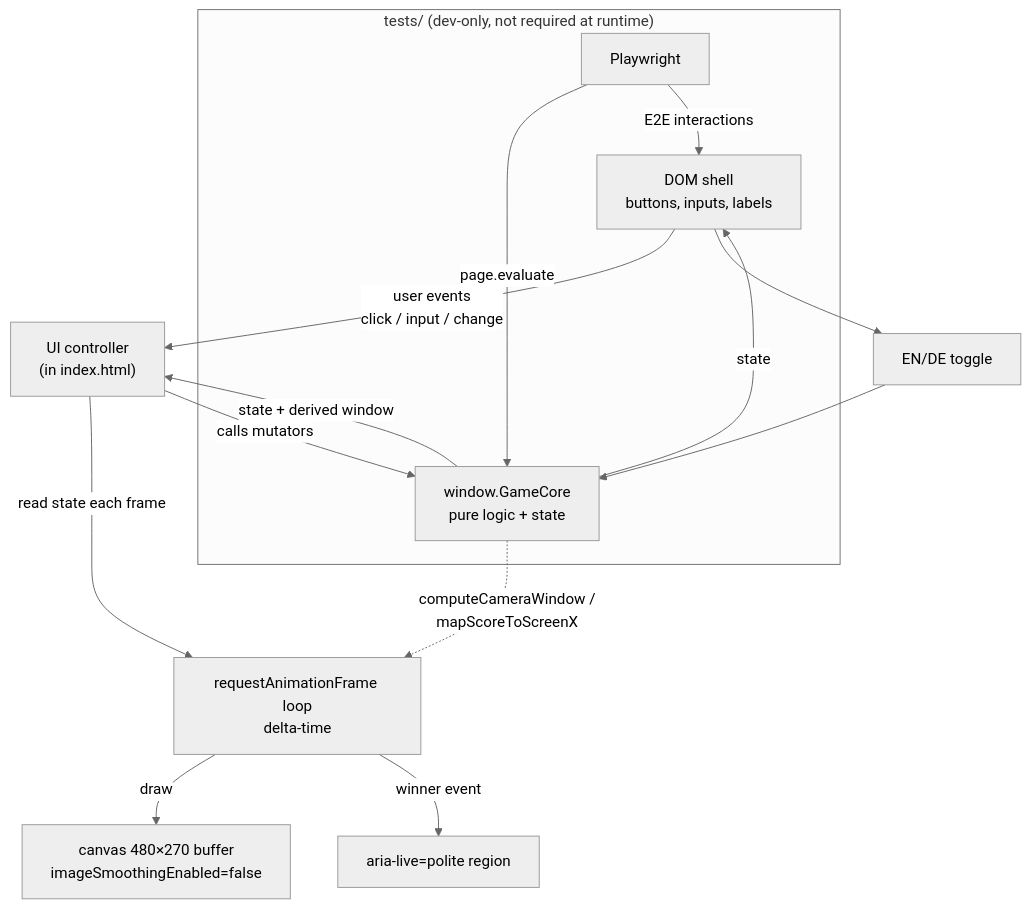
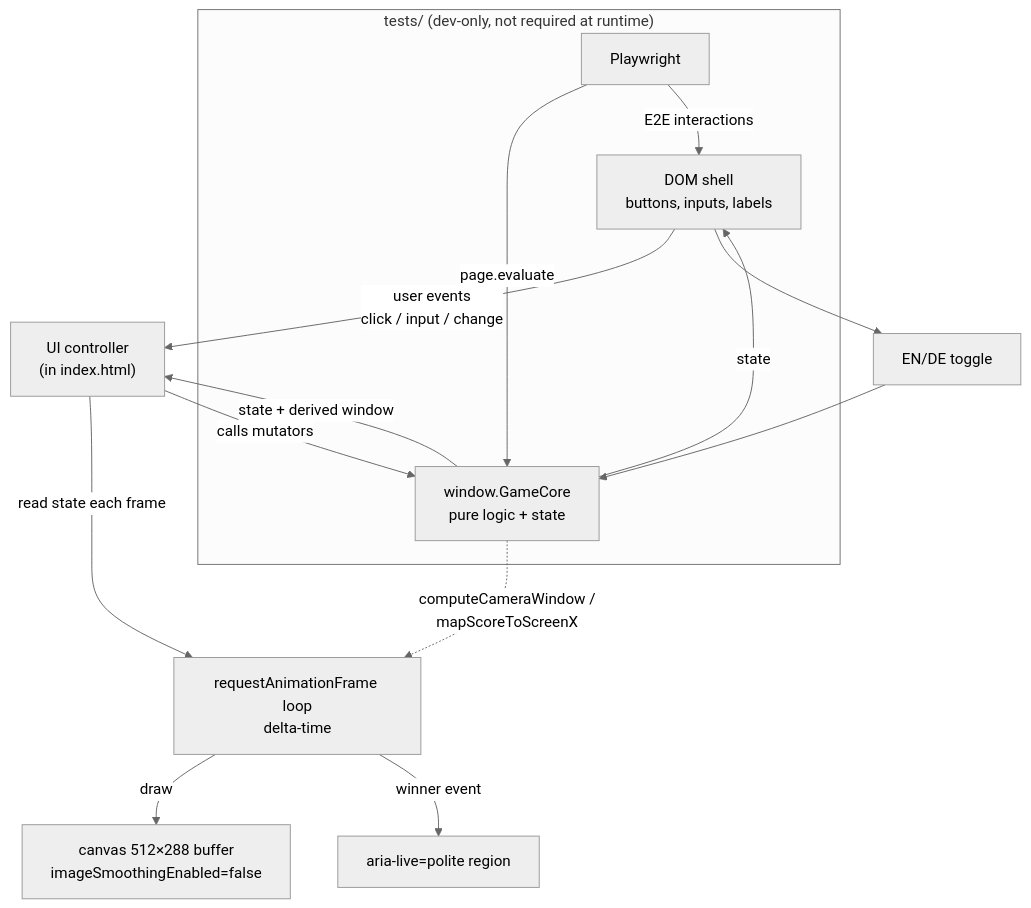
One commit to controllan/camel-game changed the diagram in docs/specs/2026-10-03-camel-derby-design.md. Above: the diagram before and after it, drawn with Mermaid (neutral theme). The commit also changed other lines of this file and 3 other files, not shown here.

````diff
--- a/docs/specs/2026-10-03-camel-derby-design.md
+++ b/docs/specs/2026-10-03-camel-derby-design.md
@@ -56,17 +57,17 @@
 ```mermaid
 flowchart TD
   DOM["DOM shell<br/>buttons, inputs, labels"] -->|"user events<br/>click / input / change"| UI["UI controller<br/>(in index.html)"]
   UI -->|"calls mutators"| CORE["window.GameCore<br/>pure logic + state"]
   CORE -->|"state + derived window"| UI
   UI -->|"read state each frame"| RAF["requestAnimationFrame loop<br/>delta-time"]
-  RAF -->|"draw"| CANVAS["canvas 480×270 buffer<br/>imageSmoothingEnabled=false"]
+  RAF -->|"draw"| CANVAS["canvas 512×288 buffer<br/>imageSmoothingEnabled=false"]
   CORE -.->|"computeCameraWindow /<br/>mapScoreToScreenX"| RAF
   CORE -->|"state"| DOM
   RAF -->|"winner event"| LIVE["aria-live=polite region"]
   DOM --> TOGGLE["EN/DE toggle"] --> CORE
 
   subgraph TESTS["tests/ (dev-only, not required at runtime)"]
     PW["Playwright"] -->|"page.evaluate"| CORE
     PW -->|"E2E interactions"| DOM
   end
 ```
````
